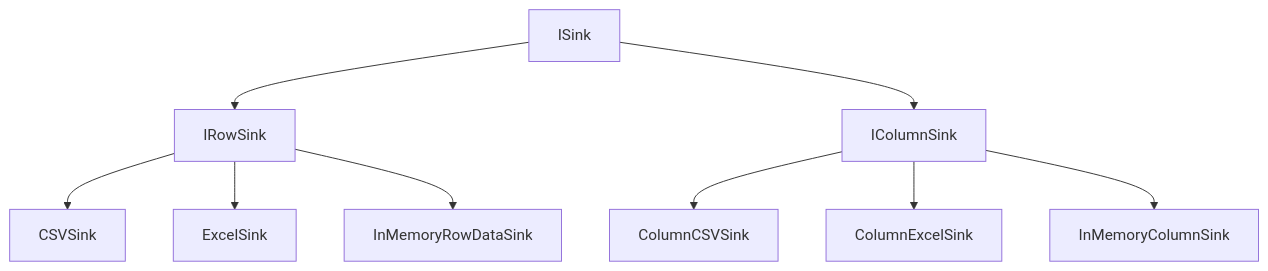
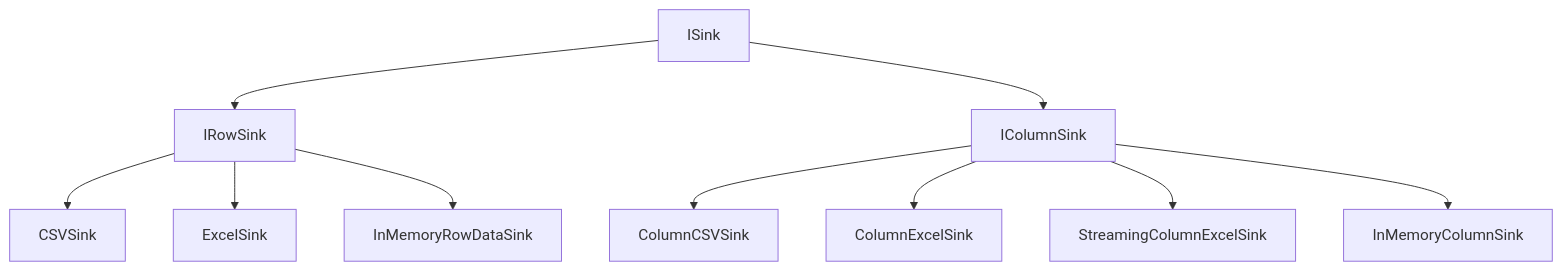
One commit to StrayDragon/scalim changed the eighth of 9 diagrams in docs/doc/architecture/arch.md. Above: the diagram before and after it, drawn with Mermaid. The commit also changed other lines of this file and 6 other files, not shown here.

````diff
--- a/docs/doc/architecture/arch.md
+++ b/docs/doc/architecture/arch.md
@@ -252,13 +255,14 @@
 ```mermaid
 flowchart TD
   IS[ISink] --> RS[IRowSink]
   IS --> CS[IColumnSink]
 
   RS --> CSV[CSVSink]
   RS --> Excel[ExcelSink]
   RS --> MemR[InMemoryRowDataSink]
 
   CS --> ColCSV[ColumnCSVSink]
   CS --> ColExcel[ColumnExcelSink]
+  CS --> StreamColExcel[StreamingColumnExcelSink]
   CS --> MemC[InMemoryColumnSink]
 ```
````
